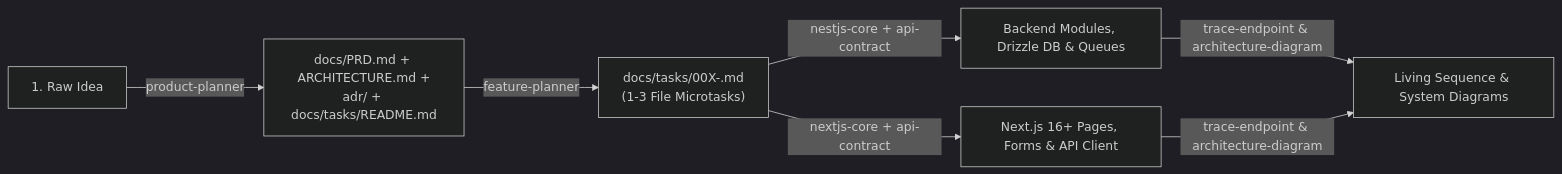
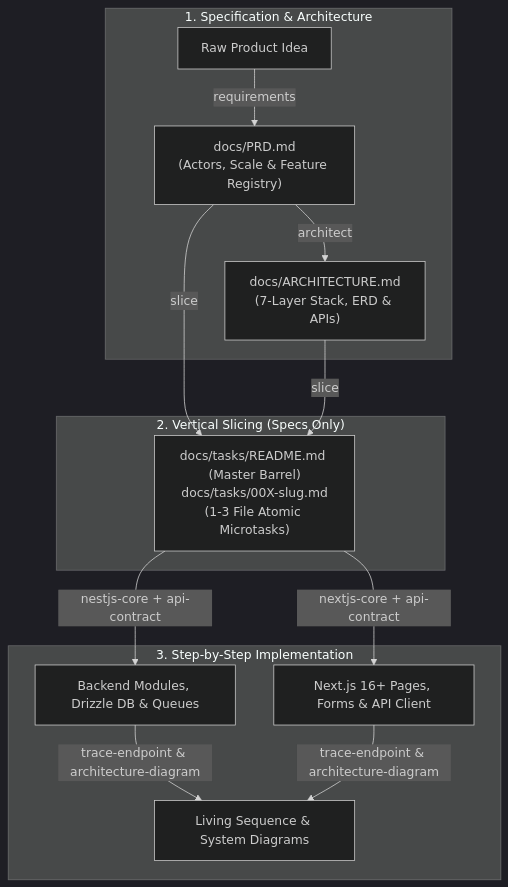
Before and after one commit to NIKHILENIGMA/skills: the diagram in README.md, drawn with Mermaid (dark theme). The commit also changed other lines of this file and 2 other files, not shown here.

Commit message:
feat(slice): add vertical slice decomposition skill and templates for microtask execution

````diff
--- a/README.md
+++ b/README.md
@@ -236,8 +250,17 @@
 ```mermaid
-flowchart LR
-  A["1. Raw Idea"] -->|product-planner| B["docs/PRD.md + ARCHITECTURE.md +\nadr/ + docs/tasks/README.md"]
-  B -->|feature-planner| FT["docs/tasks/00X-<slug>.md\n(1-3 File Microtasks)"]
-  FT -->|nestjs-core + api-contract| C["Backend Modules, Drizzle DB & Queues"]
-  FT -->|nextjs-core + api-contract| D["Next.js 16+ Pages, Forms & API Client"]
-  C & D -->|trace-endpoint & architecture-diagram| E["Living Sequence & System Diagrams"]
+flowchart TD
+  subgraph Stage1["1. Specification & Architecture"]
+    A["Raw Product Idea"] -->|requirements| PRD["docs/PRD.md<br/>(Actors, Scale & Feature Registry)"]
+    PRD -->|architect| ARCH["docs/ARCHITECTURE.md<br/>(7-Layer Stack, ERD & APIs)"]
+  end
+
+  subgraph Stage2["2. Vertical Slicing (Specs Only)"]
+    PRD & ARCH -->|slice| TASKS["docs/tasks/README.md (Master Barrel)<br/>docs/tasks/00X-slug.md<br/>(1-3 File Atomic Microtasks)"]
+  end
+
+  subgraph Stage3["3. Step-by-Step Implementation"]
+    TASKS -->|nestjs-core + api-contract| C["Backend Modules, Drizzle DB & Queues"]
+    TASKS -->|nextjs-core + api-contract| D["Next.js 16+ Pages, Forms & API Client"]
+    C & D -->|trace-endpoint & architecture-diagram| E["Living Sequence & System Diagrams"]
+  end
 ```
````
